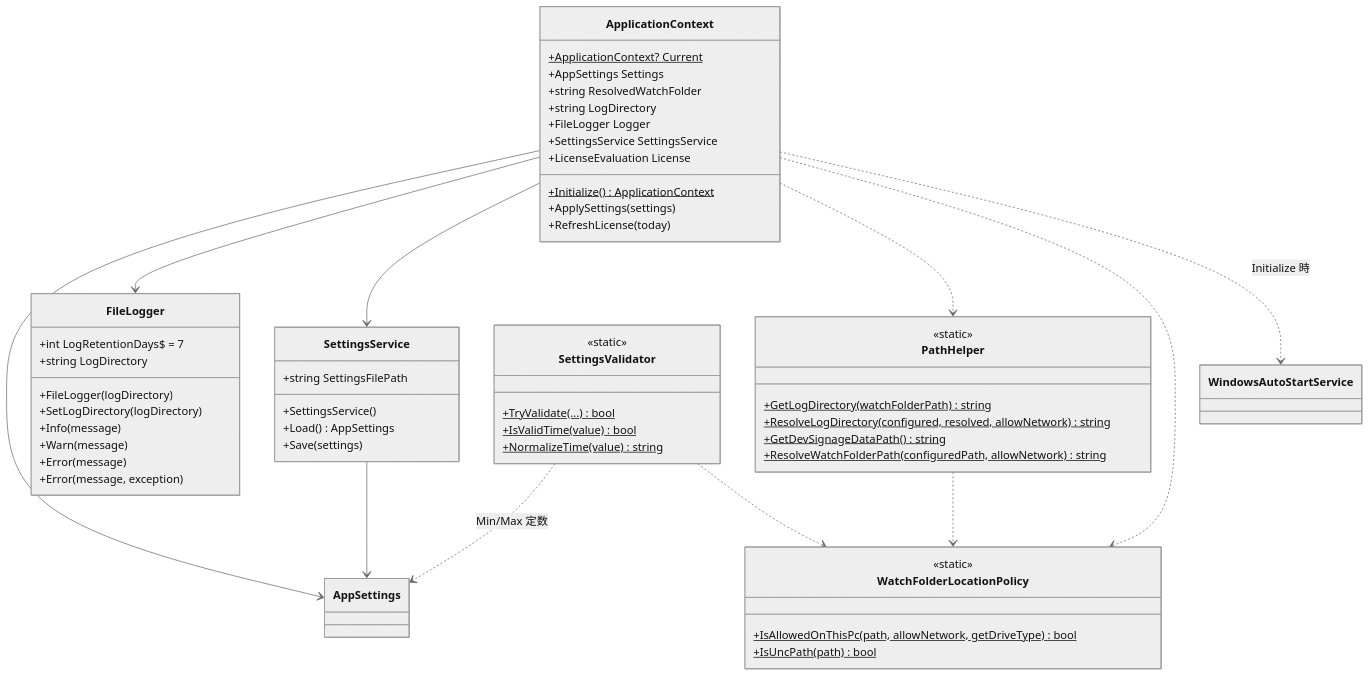
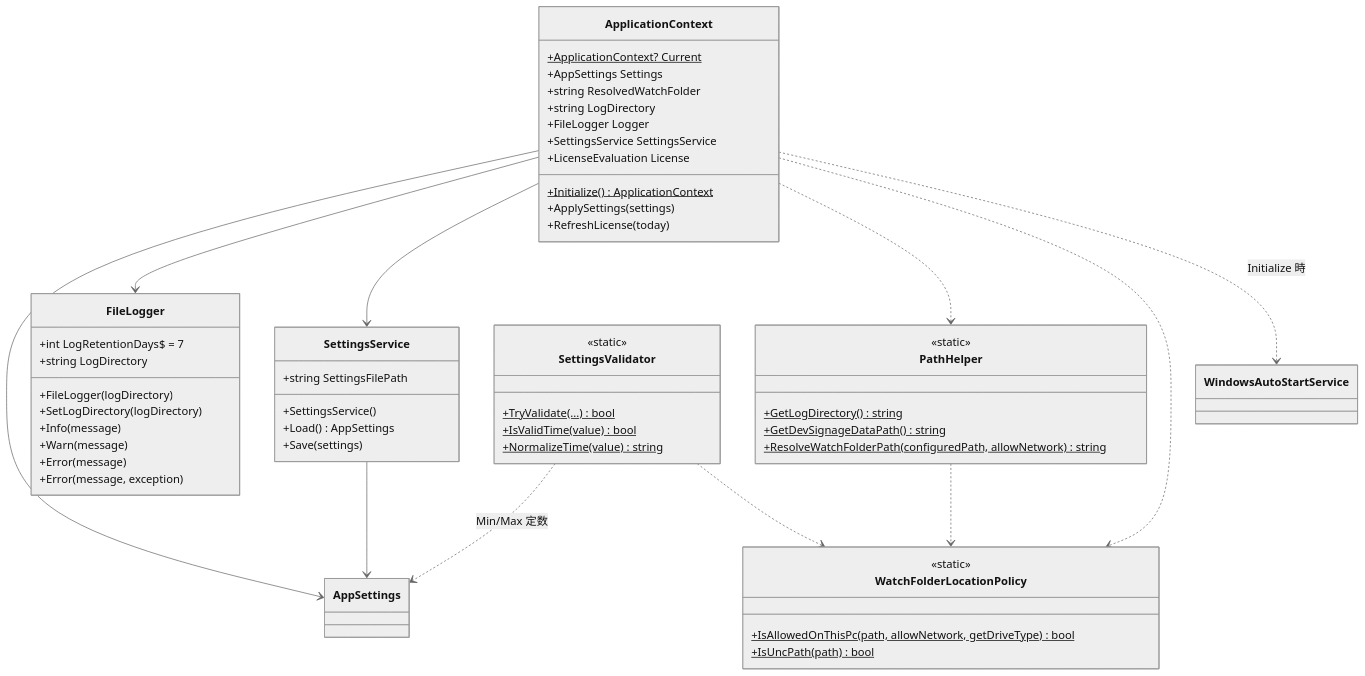
Before and after one commit to kamanori3/SimpleDigitalSignage: the seventh of 10 diagrams in docs/クラス設計図.md, drawn with Mermaid (neutral theme). The commit also changed 16 other files, not shown here.

````diff
--- a/docs/クラス設計図.md
+++ b/docs/クラス設計図.md
@@ -375,65 +375,64 @@
 ```mermaid
 classDiagram
   class ApplicationContext {
     +ApplicationContext? Current$
     +AppSettings Settings
     +string ResolvedWatchFolder
     +string LogDirectory
     +FileLogger Logger
     +SettingsService SettingsService
     +LicenseEvaluation License
     +Initialize()$ ApplicationContext
     +ApplySettings(settings)
     +RefreshLicense(today)
   }
 
   class SettingsService {
     +string SettingsFilePath
     +SettingsService()
     +Load() AppSettings
     +Save(settings)
   }
 
   class PathHelper {
     <<static>>
-    +GetLogDirectory(watchFolderPath)$ string
-    +ResolveLogDirectory(configured, resolved, allowNetwork)$ string
+    +GetLogDirectory()$ string
     +GetDevSignageDataPath()$ string
     +ResolveWatchFolderPath(configuredPath, allowNetwork)$ string
   }
 
   class WatchFolderLocationPolicy {
     <<static>>
     +IsAllowedOnThisPc(path, allowNetwork, getDriveType)$ bool
     +IsUncPath(path)$ bool
   }
 
   class FileLogger {
     +int LogRetentionDays$ = 7
     +string LogDirectory
     +FileLogger(logDirectory)
     +SetLogDirectory(logDirectory)
     +Info(message)
     +Warn(message)
     +Error(message)
     +Error(message, exception)
   }
 
   class SettingsValidator {
     <<static>>
     +TryValidate(...)$ bool
     +IsValidTime(value)$ bool
     +NormalizeTime(value)$ string
   }
 
   ApplicationContext --> AppSettings
   ApplicationContext --> FileLogger
   ApplicationContext --> SettingsService
   ApplicationContext ..> PathHelper
   ApplicationContext ..> WatchFolderLocationPolicy
   ApplicationContext ..> WindowsAutoStartService : Initialize 時
   SettingsService --> AppSettings
   SettingsValidator ..> AppSettings : Min/Max 定数
   SettingsValidator ..> WatchFolderLocationPolicy
   PathHelper ..> WatchFolderLocationPolicy
 ```
````
